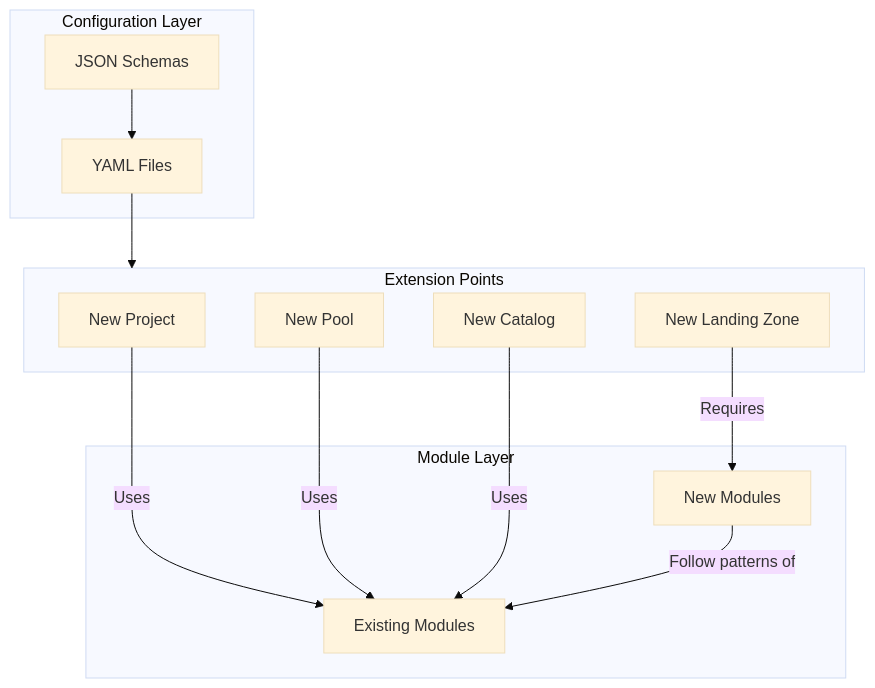
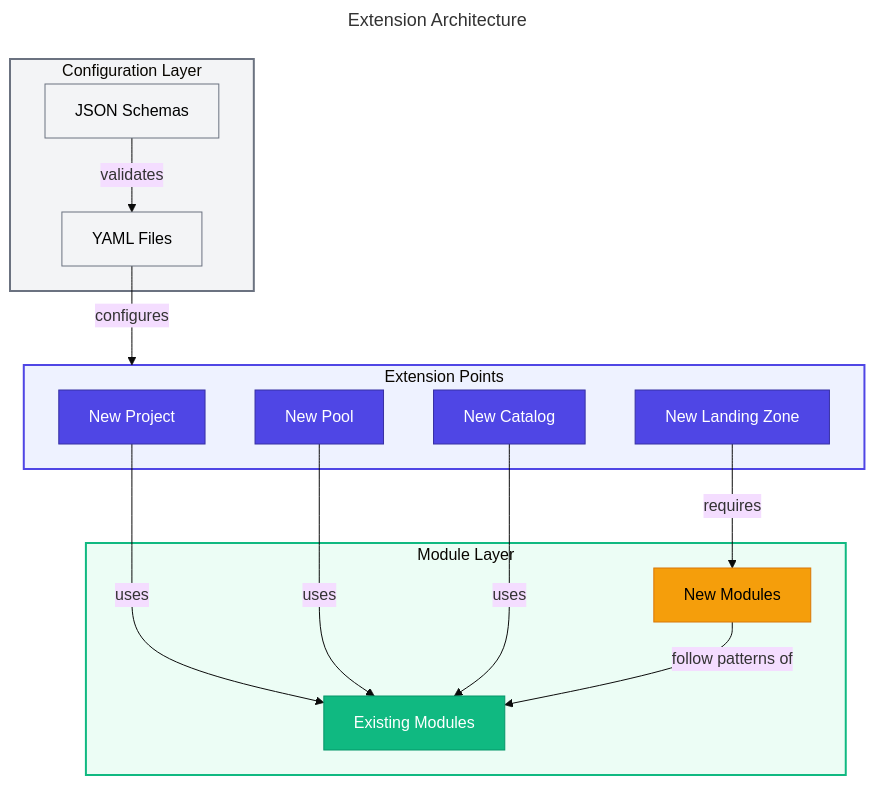
One commit to Evilazaro/DevExp-DevBox changed the fourth of 4 diagrams in docs/architecture/03-application-architecture.md. Above: the diagram before and after it, drawn with Mermaid (base theme). The commit also changed other lines of this file, not shown here.

Commit message:
Refactor application architecture documentation to enhance clarity and detail in landing zone diagrams, module dependency graphs, and deployment sequences

````diff
--- a/docs/architecture/03-application-architecture.md
+++ b/docs/architecture/03-application-architecture.md
@@ -1009,29 +1081,53 @@
 ```mermaid
+---
+title: Extension Architecture
+---
 flowchart TD
+    %% ===== STYLE DEFINITIONS =====
+    classDef primary fill:#4F46E5,stroke:#3730A3,color:#FFFFFF
+    classDef secondary fill:#10B981,stroke:#059669,color:#FFFFFF
+    classDef datastore fill:#F59E0B,stroke:#D97706,color:#000000
+    classDef input fill:#F3F4F6,stroke:#6B7280,color:#000000
+
+    %% ===== CONFIGURATION LAYER =====
     subgraph Config["Configuration Layer"]
-        YAML[YAML Files]
-        SCHEMA[JSON Schemas]
+        YAML["YAML Files"]
+        SCHEMA["JSON Schemas"]
     end
 
+    %% ===== EXTENSION POINTS =====
     subgraph Extension["Extension Points"]
-        NEW_PROJ[New Project]
-        NEW_POOL[New Pool]
-        NEW_CAT[New Catalog]
-        NEW_LZ[New Landing Zone]
+        NEW_PROJ["New Project"]
+        NEW_POOL["New Pool"]
+        NEW_CAT["New Catalog"]
+        NEW_LZ["New Landing Zone"]
     end
 
+    %% ===== MODULE LAYER =====
     subgraph Modules["Module Layer"]
-        EXISTING[Existing Modules]
-        NEW_MOD[New Modules]
+        EXISTING["Existing Modules"]
+        NEW_MOD["New Modules"]
     end
 
-    YAML --> Extension
-    SCHEMA --> YAML
+    %% ===== CONNECTIONS =====
+    YAML -->|"configures"| Extension
+    SCHEMA -->|"validates"| YAML
 
-    NEW_PROJ --> |Uses| EXISTING
-    NEW_POOL --> |Uses| EXISTING
-    NEW_CAT --> |Uses| EXISTING
-    NEW_LZ --> |Requires| NEW_MOD
+    NEW_PROJ -->|"uses"| EXISTING
+    NEW_POOL -->|"uses"| EXISTING
+    NEW_CAT -->|"uses"| EXISTING
+    NEW_LZ -->|"requires"| NEW_MOD
 
-    NEW_MOD --> |Follow patterns of| EXISTING
+    NEW_MOD -->|"follow patterns of"| EXISTING
+
+    %% ===== APPLY STYLES =====
+    class YAML,SCHEMA input
+    class NEW_PROJ,NEW_POOL,NEW_CAT,NEW_LZ primary
+    class EXISTING secondary
+    class NEW_MOD datastore
+
+    %% ===== SUBGRAPH STYLING =====
+    style Config fill:#F3F4F6,stroke:#6B7280,stroke-width:2px
+    style Extension fill:#EEF2FF,stroke:#4F46E5,stroke-width:2px
+    style Modules fill:#ECFDF5,stroke:#10B981,stroke-width:2px
 ```
````
